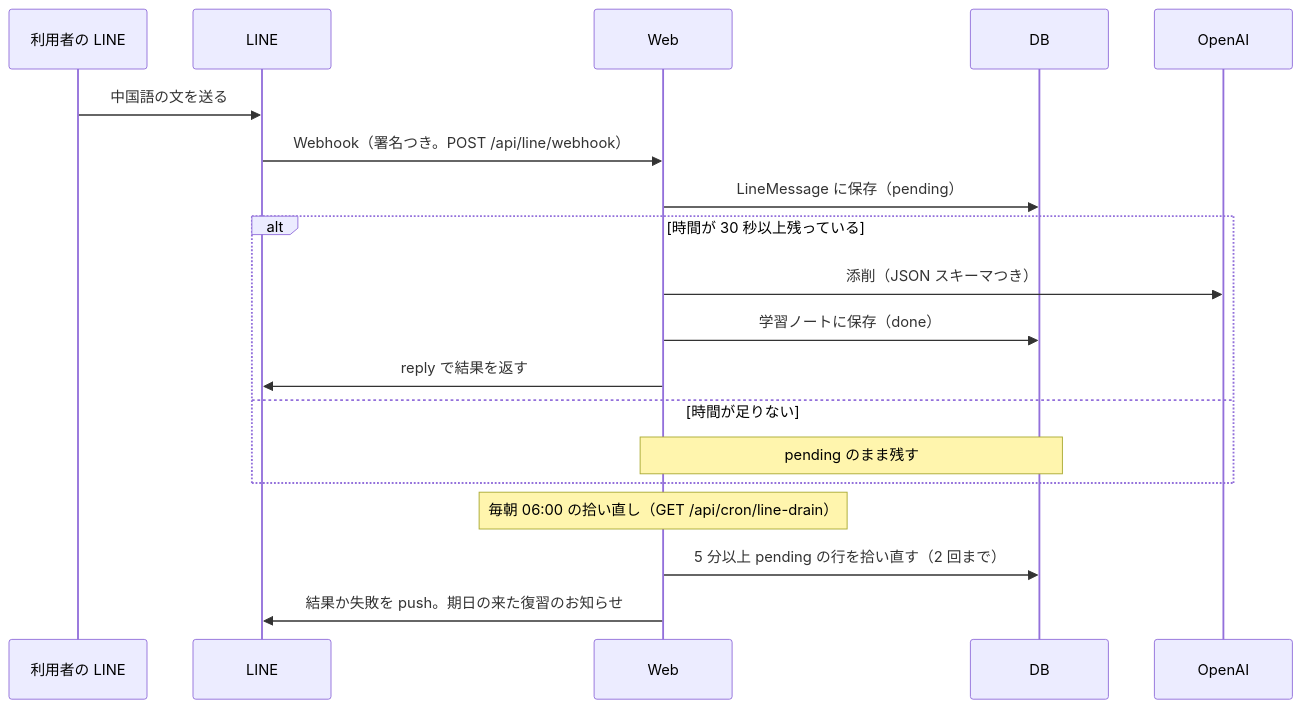
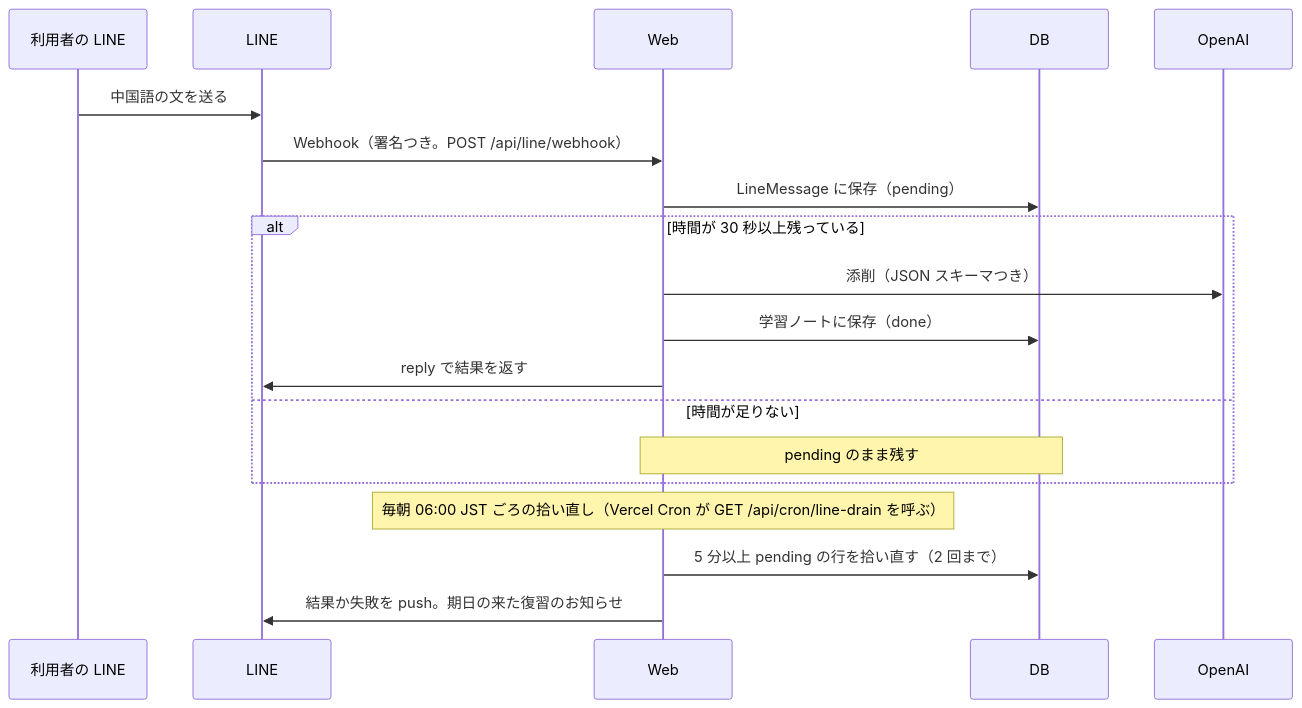
One commit to Sparklingstadt/ffpf-zhuelog changed the second of 2 diagrams in docs/architecture.md. Above: the diagram before and after it, drawn with Mermaid. The commit also changed other lines of this file and 8 other files, not shown here.

First line of the commit message:
Go 廃止の段階 10c：LINE の拾い直しとデモのリセットを Web の Cron で動かす (#180)

````diff
--- a/docs/architecture.md
+++ b/docs/architecture.md
@@ -146,21 +146,21 @@
 ```mermaid
 sequenceDiagram
   participant U as 利用者の LINE
   participant L as LINE
   participant W as Web
   participant D as DB
   participant O as OpenAI
   U->>L: 中国語の文を送る
   L->>W: Webhook（署名つき。POST /api/line/webhook）
   W->>D: LineMessage に保存（pending）
   alt 時間が 30 秒以上残っている
     W->>O: 添削（JSON スキーマつき）
     W->>D: 学習ノートに保存（done）
     W->>L: reply で結果を返す
   else 時間が足りない
     Note over W,D: pending のまま残す
   end
-  Note over W: 毎朝 06:00 の拾い直し（GET /api/cron/line-drain）
+  Note over W: 毎朝 06:00 JST ごろの拾い直し（Vercel Cron が GET /api/cron/line-drain を呼ぶ）
   W->>D: 5 分以上 pending の行を拾い直す（2 回まで）
   W->>L: 結果か失敗を push。期日の来た復習のお知らせ
 ```
````
